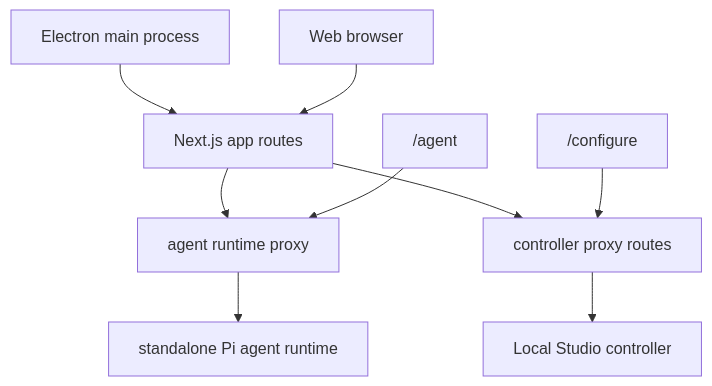
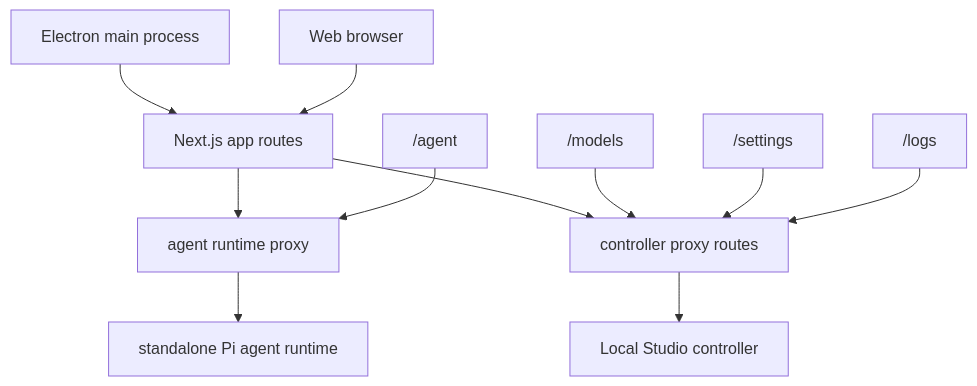
The diagram in frontend/README.md (0xSero/vllm-studio), drawn with Mermaid before and after one commit. The commit also changed other lines of this file and 2 other files, not shown here.

Commit message:
docs(v201): record configure retirement

````diff
--- a/frontend/README.md
+++ b/frontend/README.md
@@ -22,11 +23,13 @@
 ```mermaid
 flowchart TB
     Desktop["Electron main process"] --> Routes["Next.js app routes"]
     Browser["Web browser"] --> Routes
     Routes --> AgentApi["agent runtime proxy"]
     Routes --> ControllerApi["controller proxy routes"]
     AgentApi --> Pi["standalone Pi agent runtime"]
     ControllerApi --> Controller["Local Studio controller"]
-    Configure["/configure"] --> ControllerApi
+    Models["/models"] --> ControllerApi
+    Settings["/settings"] --> ControllerApi
+    Logs["/logs"] --> ControllerApi
     Workbench["/agent"] --> AgentApi
 ```
````
